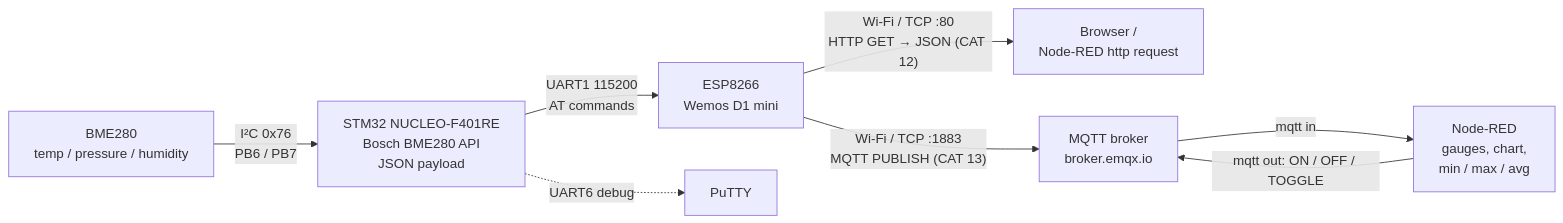
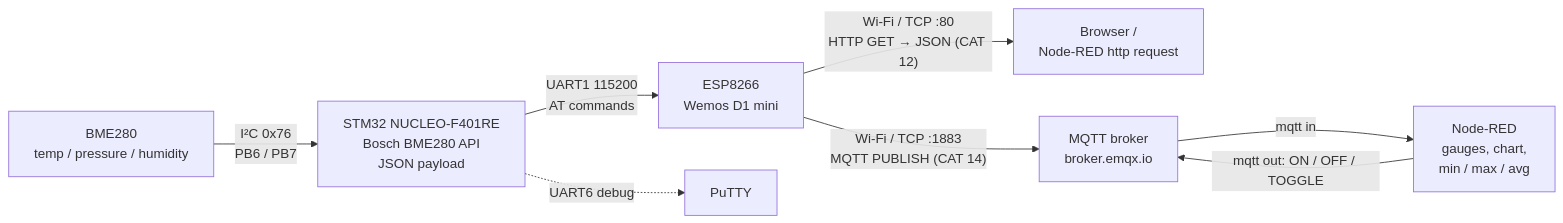
Before and after one commit to sherinejoanna/25011102096_FIoT_LAB: the diagram in README.md, drawn with Mermaid. The commit also changed other lines of this file and 120 other files, not shown here.

Commit message:
Place BME280 MQTT publishing project under CAT14

````diff
--- a/README.md
+++ b/README.md
@@ -88,10 +90,10 @@
 ```mermaid
 flowchart LR
     BME["BME280<br/>temp / pressure / humidity"] -- "I²C 0x76<br/>PB6 / PB7" --> MCU["STM32 NUCLEO-F401RE<br/>Bosch BME280 API<br/>JSON payload"]
     MCU -- "UART1 115200<br/>AT commands" --> ESP["ESP8266<br/>Wemos D1 mini"]
     MCU -. "UART6 debug" .-> PC["PuTTY"]
     ESP -- "Wi-Fi / TCP :80<br/>HTTP GET → JSON (CAT 12)" --> HTTP["Browser /<br/>Node-RED http request"]
-    ESP -- "Wi-Fi / TCP :1883<br/>MQTT PUBLISH (CAT 13)" --> BROKER["MQTT broker<br/>broker.emqx.io"]
+    ESP -- "Wi-Fi / TCP :1883<br/>MQTT PUBLISH (CAT 14)" --> BROKER["MQTT broker<br/>broker.emqx.io"]
     BROKER -- "mqtt in" --> NR["Node-RED<br/>gauges, chart,<br/>min / max / avg"]
     NR -- "mqtt out: ON / OFF / TOGGLE" --> BROKER
 ```
````
